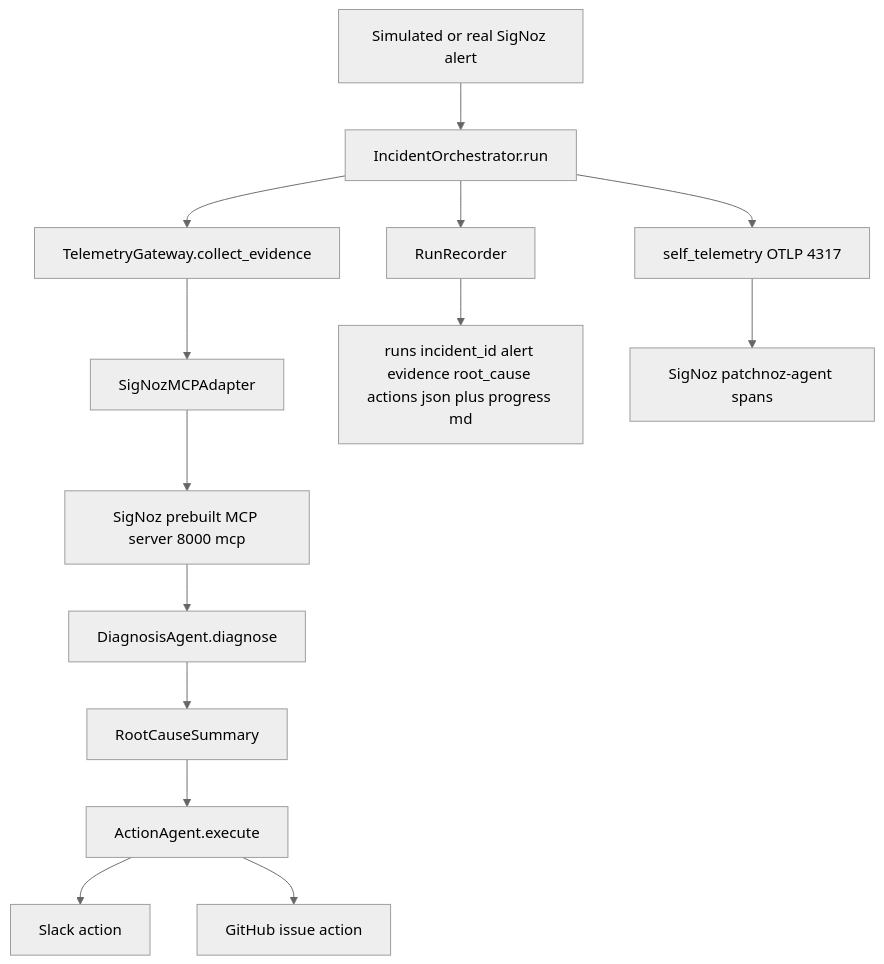
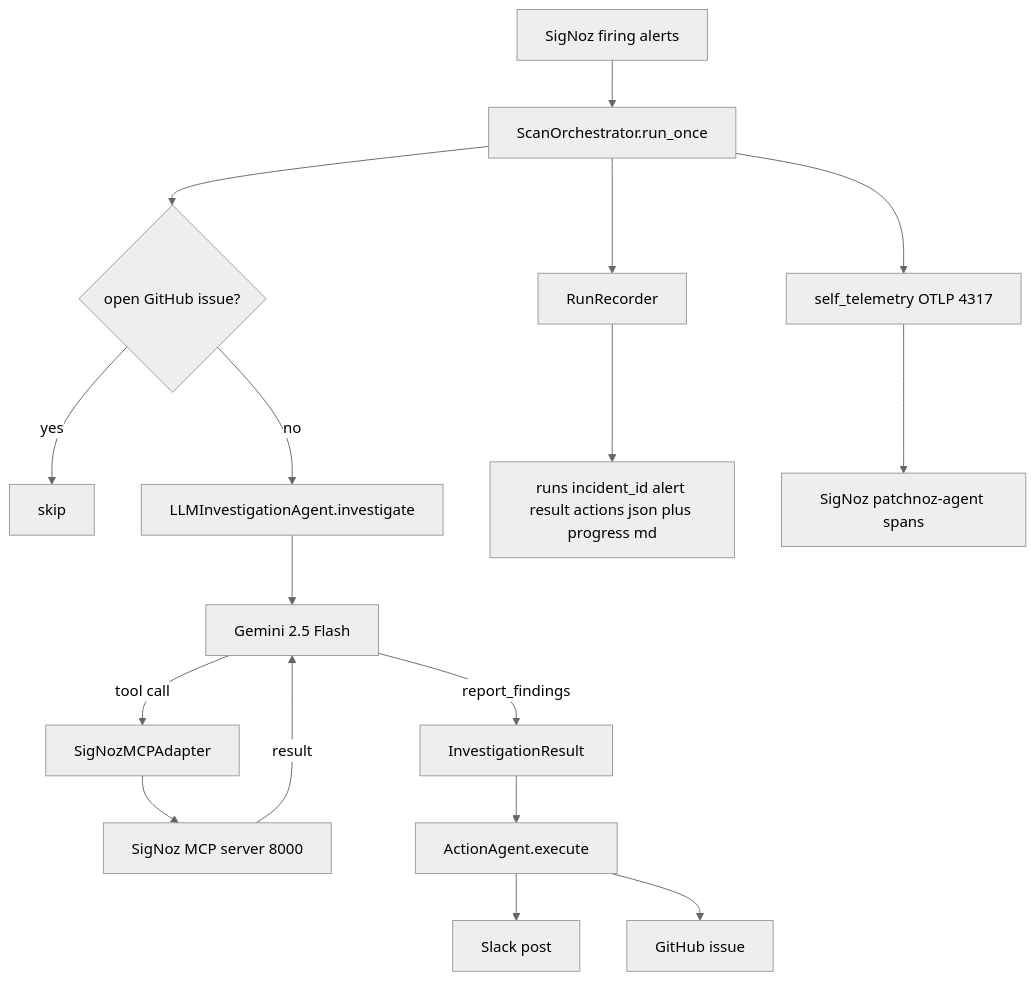
Before and after one commit to thisisvaishnav/PatchNoz: the diagram in README.md, drawn with Mermaid (neutral theme). The commit also changed other lines of this file and 26 other files, not shown here.

First line of the commit message:
feat: encapsulate SigNoz alert normalization and add robust ScanOrchestrator unit test suite

````diff
--- a/README.md
+++ b/README.md
@@ -15,16 +15,19 @@
 ```mermaid
 flowchart TD
-    A[Simulated or real SigNoz alert] --> B[IncidentOrchestrator.run]
-    B --> C[TelemetryGateway.collect_evidence]
-    C --> D[SigNozMCPAdapter]
-    D --> E[SigNoz prebuilt MCP server 8000 mcp]
-    E --> F[DiagnosisAgent.diagnose]
-    F --> G[RootCauseSummary]
-    G --> H[ActionAgent.execute]
-    H --> I[Slack action]
-    H --> J[GitHub issue action]
-    B --> K[RunRecorder]
-    K --> L[runs incident_id alert evidence root_cause actions json plus progress md]
-    B --> M[self_telemetry OTLP 4317]
-    M --> N[SigNoz patchnoz-agent spans]
+    A[SigNoz firing alerts] --> B[ScanOrchestrator.run_once]
+    B --> C{open GitHub issue?}
+    C -- yes --> D[skip]
+    C -- no --> E[LLMInvestigationAgent.investigate]
+    E --> F[Gemini 2.5 Flash]
+    F -- tool call --> G[SigNozMCPAdapter]
+    G --> H[SigNoz MCP server 8000]
+    H -- result --> F
+    F -- report_findings --> I[InvestigationResult]
+    I --> J[ActionAgent.execute]
+    J --> K[Slack post]
+    J --> L[GitHub issue]
+    B --> M[RunRecorder]
+    M --> N[runs incident_id alert result actions json plus progress md]
+    B --> O[self_telemetry OTLP 4317]
+    O --> P[SigNoz patchnoz-agent spans]
 ```
````
